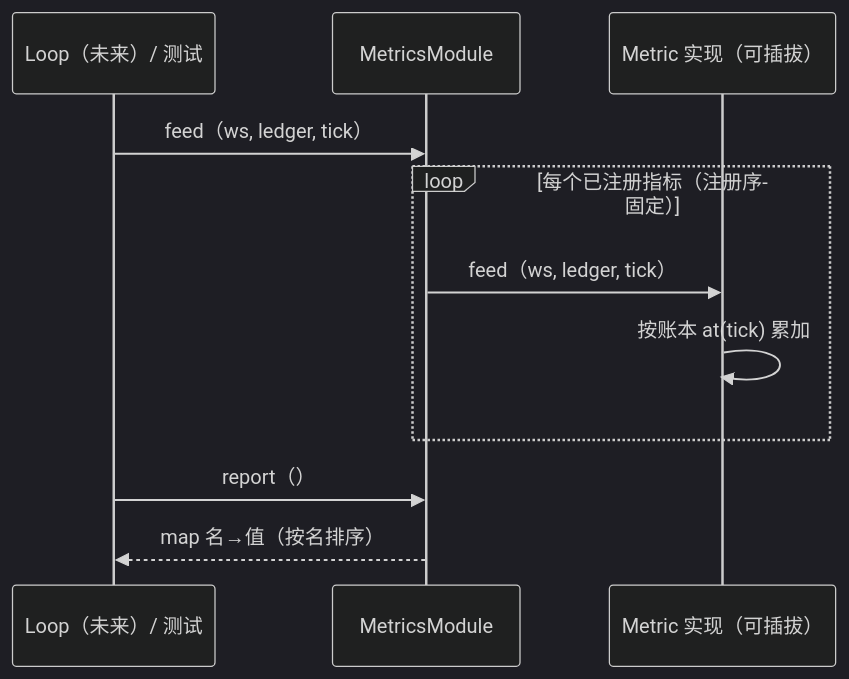
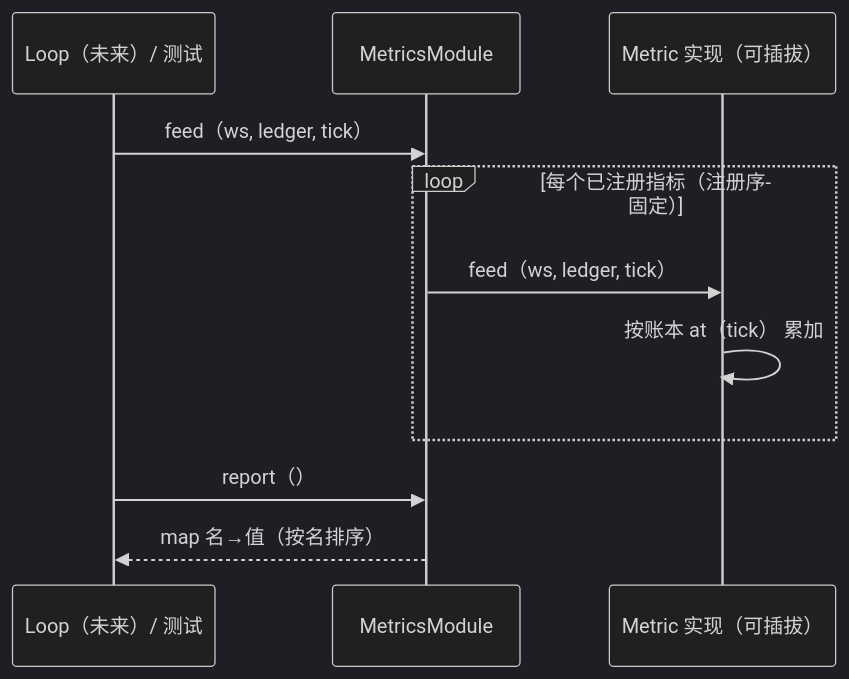
Before and after one commit to Vin535LFJ/OmniWorld-Engine: the diagram in docs/design/stage-a-core/slices/05-metrics-suite.md, drawn with Mermaid (dark theme). The commit also changed 4 other files, not shown here.

Commit message:
retro C2-C5: pre-commit gate (tests+hygiene+mermaid lint), zero-dep mermaid lint, anti-patterns #13-15, latent L2 diagram fixes

````diff
--- a/docs/design/stage-a-core/slices/05-metrics-suite.md
+++ b/docs/design/stage-a-core/slices/05-metrics-suite.md
@@ -28,13 +28,13 @@
 ```mermaid
 sequenceDiagram
     participant L as Loop（未来）/ 测试
     participant M as MetricsModule
     participant Mi as Metric 实现（可插拔）
     L->>M: feed（ws, ledger, tick）
     loop 每个已注册指标（注册序固定）
         M->>Mi: feed（ws, ledger, tick）
-        Mi->>Mi: 按账本 at(tick) 累加
+        Mi->>Mi: 按账本 at（tick） 累加
     end
     L->>M: report（）
     M-->>L: map 名→值（按名排序）
 ```
````
